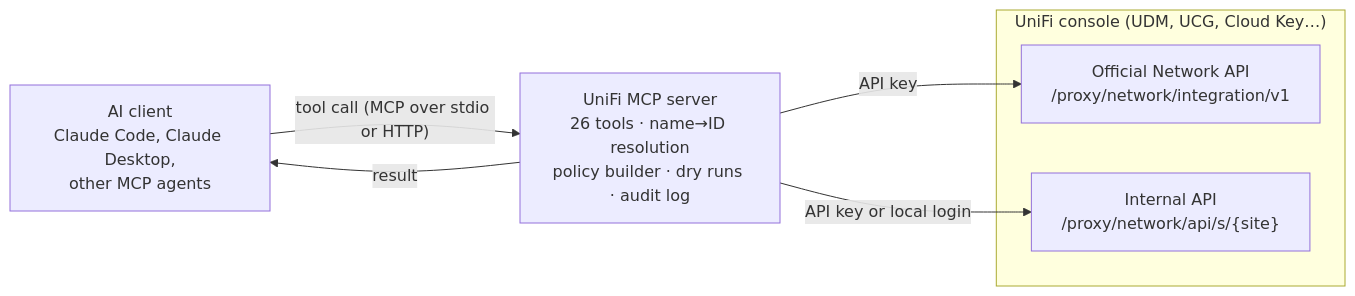
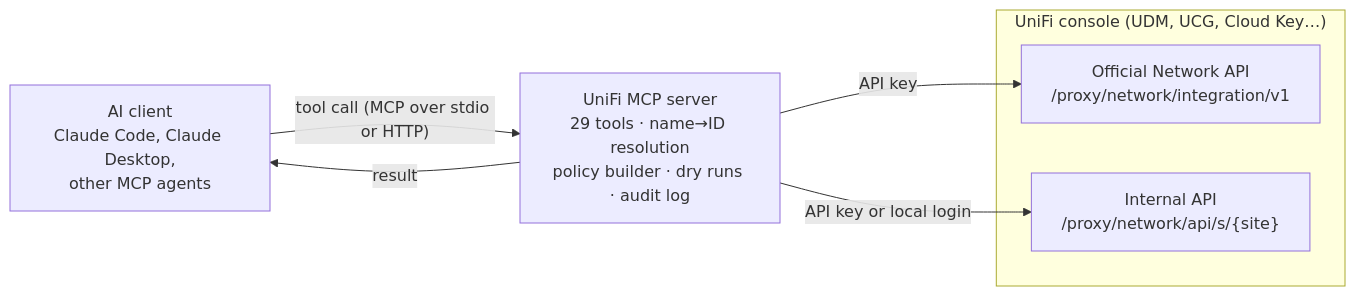
One commit to SmugZombie/Unifi-MCP changed the diagram in README.md. Above: the diagram before and after it, drawn with Mermaid. The commit also changed other lines of this file and 8 other files, not shown here.

First line of the commit message:
Add usage reporting tools, client idle time and read-only POST queries

````diff
--- a/README.md
+++ b/README.md
@@ -28,11 +28,11 @@
 ```mermaid
 flowchart LR
-    A["AI client<br/>Claude Code, Claude Desktop,<br/>other MCP agents"] -- "tool call (MCP over stdio or HTTP)" --> S["UniFi MCP server<br/>26 tools · name→ID resolution<br/>policy builder · dry runs · audit log"]
+    A["AI client<br/>Claude Code, Claude Desktop,<br/>other MCP agents"] -- "tool call (MCP over stdio or HTTP)" --> S["UniFi MCP server<br/>29 tools · name→ID resolution<br/>policy builder · dry runs · audit log"]
     S -- result --> A
     S -- "API key" --> O["Official Network API<br/>/proxy/network/integration/v1"]
     S -- "API key or local login" --> I["Internal API<br/>/proxy/network/api/s/{site}"]
     subgraph Console["UniFi console (UDM, UCG, Cloud Key…)"]
         O
         I
     end
 ```
````
